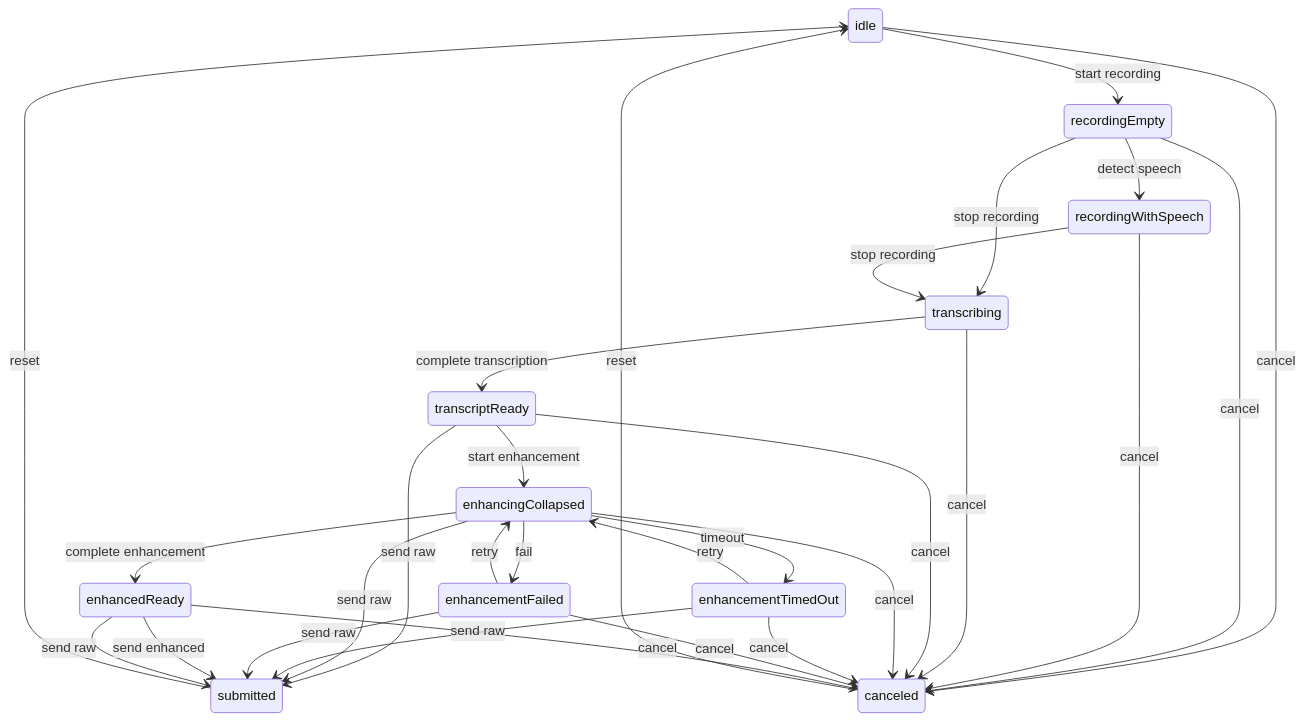
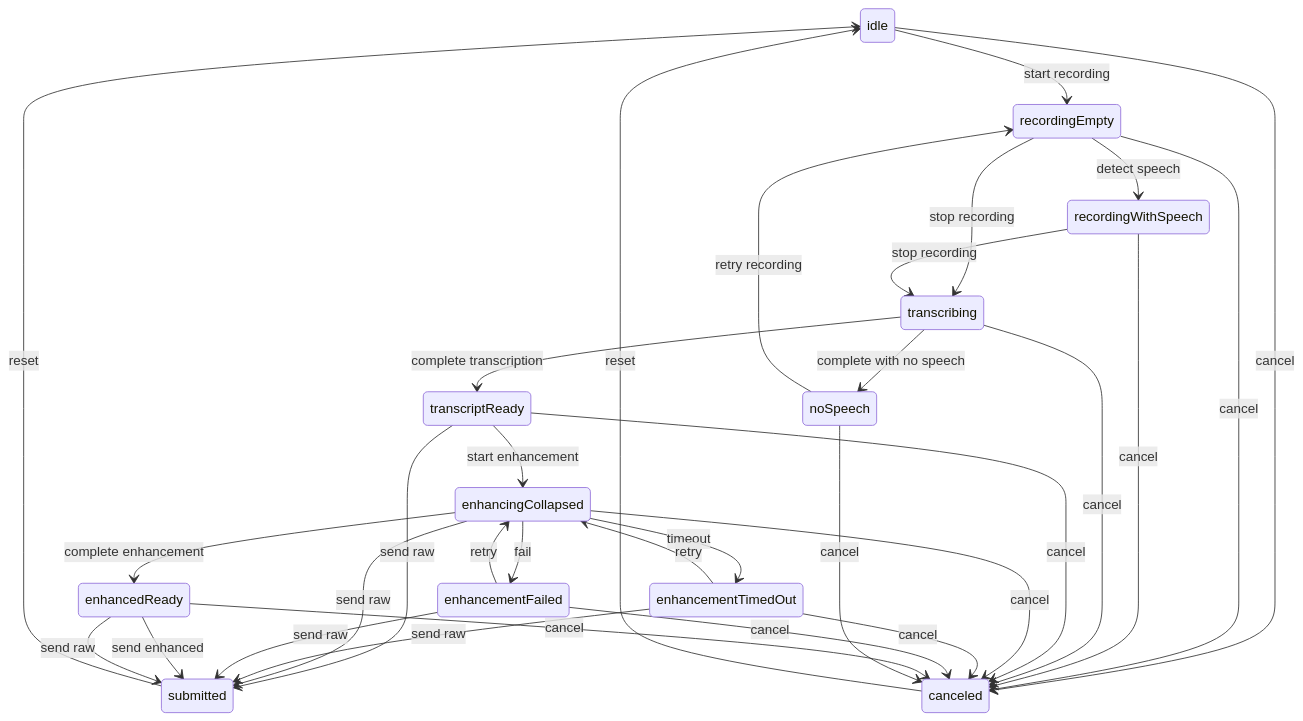
One commit to shekohex/dotai changed the diagram in android/docs/android-speech-to-text-checklist.md. Above: the diagram before and after it, drawn with Mermaid. The commit also changed other lines of this file and 4 other files, not shown here.

````diff
--- a/android/docs/android-speech-to-text-checklist.md
+++ b/android/docs/android-speech-to-text-checklist.md
@@ -131,31 +131,34 @@
 ```mermaid
 stateDiagram-v2
     idle --> recordingEmpty: start recording
     idle --> canceled: cancel
     recordingEmpty --> recordingWithSpeech: detect speech
     recordingEmpty --> transcribing: stop recording
     recordingEmpty --> canceled: cancel
     recordingWithSpeech --> transcribing: stop recording
     recordingWithSpeech --> canceled: cancel
     transcribing --> transcriptReady: complete transcription
+    transcribing --> noSpeech: complete with no speech
     transcribing --> canceled: cancel
     transcriptReady --> enhancingCollapsed: start enhancement
     transcriptReady --> submitted: send raw
     transcriptReady --> canceled: cancel
     enhancingCollapsed --> enhancementTimedOut: timeout
     enhancingCollapsed --> enhancementFailed: fail
     enhancingCollapsed --> enhancedReady: complete enhancement
     enhancingCollapsed --> submitted: send raw
     enhancingCollapsed --> canceled: cancel
     enhancementTimedOut --> enhancingCollapsed: retry
     enhancementTimedOut --> submitted: send raw
     enhancementTimedOut --> canceled: cancel
     enhancementFailed --> enhancingCollapsed: retry
     enhancementFailed --> submitted: send raw
     enhancementFailed --> canceled: cancel
     enhancedReady --> submitted: send enhanced
     enhancedReady --> submitted: send raw
     enhancedReady --> canceled: cancel
+    noSpeech --> recordingEmpty: retry recording
+    noSpeech --> canceled: cancel
     submitted --> idle: reset
     canceled --> idle: reset
 ```
````
